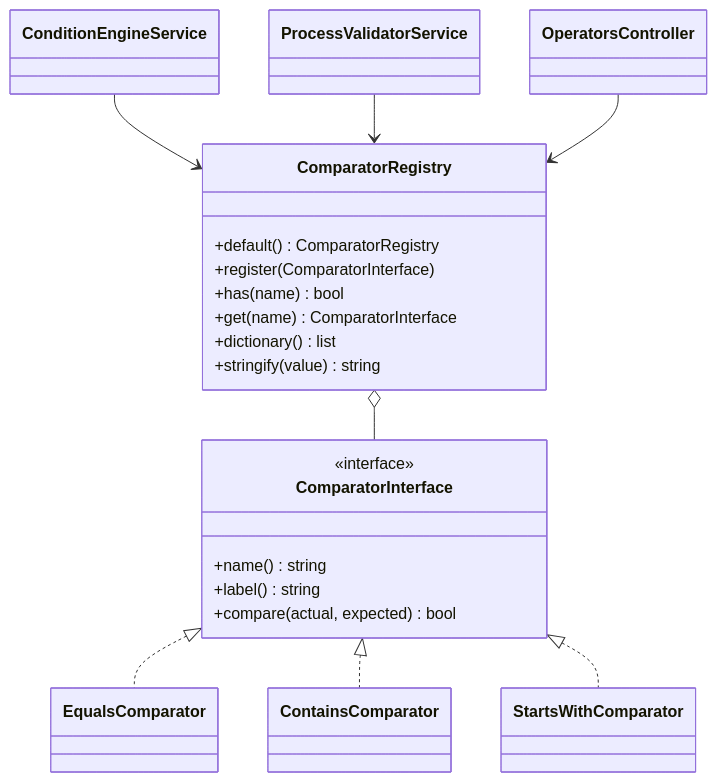
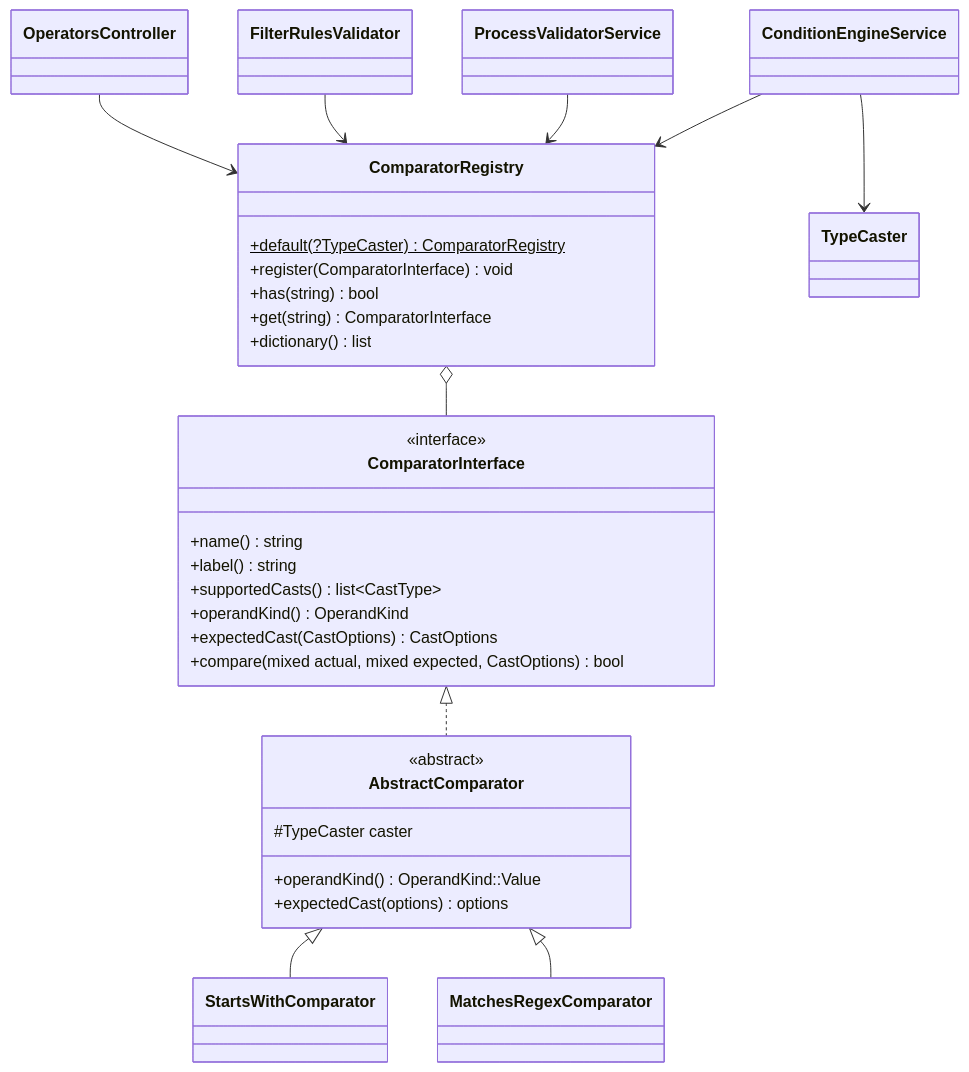
One commit to madarch-labs/Workflow-Processing-Service changed the diagram in doc/en/07-developer-guide/extending/new-comparator.md. Above: the diagram before and after it, drawn with Mermaid. The commit also changed other lines of this file and 470 other files, not shown here.

````diff
--- a/doc/en/07-developer-guide/extending/new-comparator.md
+++ b/doc/en/07-developer-guide/extending/new-comparator.md
@@ -16,24 +27,34 @@
 ```mermaid
 classDiagram
     class ComparatorInterface {
         <<interface>>
         +name() string
         +label() string
-        +compare(actual, expected) bool
+        +supportedCasts() list~CastType~
+        +operandKind() OperandKind
+        +expectedCast(CastOptions) CastOptions
+        +compare(mixed actual, mixed expected, CastOptions) bool
+    }
+    class AbstractComparator {
+        <<abstract>>
+        #TypeCaster caster
+        +operandKind() OperandKind::Value
+        +expectedCast(options) options
     }
     class ComparatorRegistry {
-        +default() ComparatorRegistry
-        +register(ComparatorInterface)
-        +has(name) bool
-        +get(name) ComparatorInterface
+        +default(?TypeCaster)$ ComparatorRegistry
+        +register(ComparatorInterface) void
+        +has(string) bool
+        +get(string) ComparatorInterface
         +dictionary() list
-        +stringify(value) string
     }
-    ComparatorInterface <|.. EqualsComparator
-    ComparatorInterface <|.. ContainsComparator
-    ComparatorInterface <|.. StartsWithComparator
+    ComparatorInterface <|.. AbstractComparator
+    AbstractComparator <|-- StartsWithComparator
+    AbstractComparator <|-- MatchesRegexComparator
     ComparatorRegistry o-- ComparatorInterface
     ConditionEngineService --> ComparatorRegistry
+    ConditionEngineService --> TypeCaster
     ProcessValidatorService --> ComparatorRegistry
+    FilterRulesValidator --> ComparatorRegistry
     OperatorsController --> ComparatorRegistry
 ```
````
